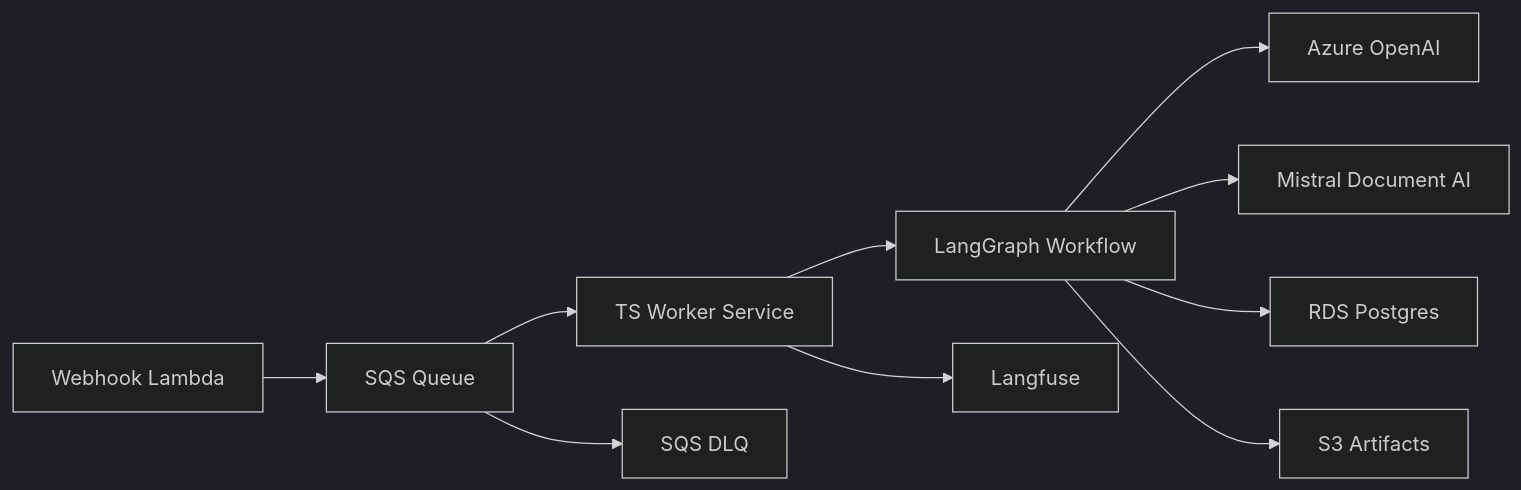
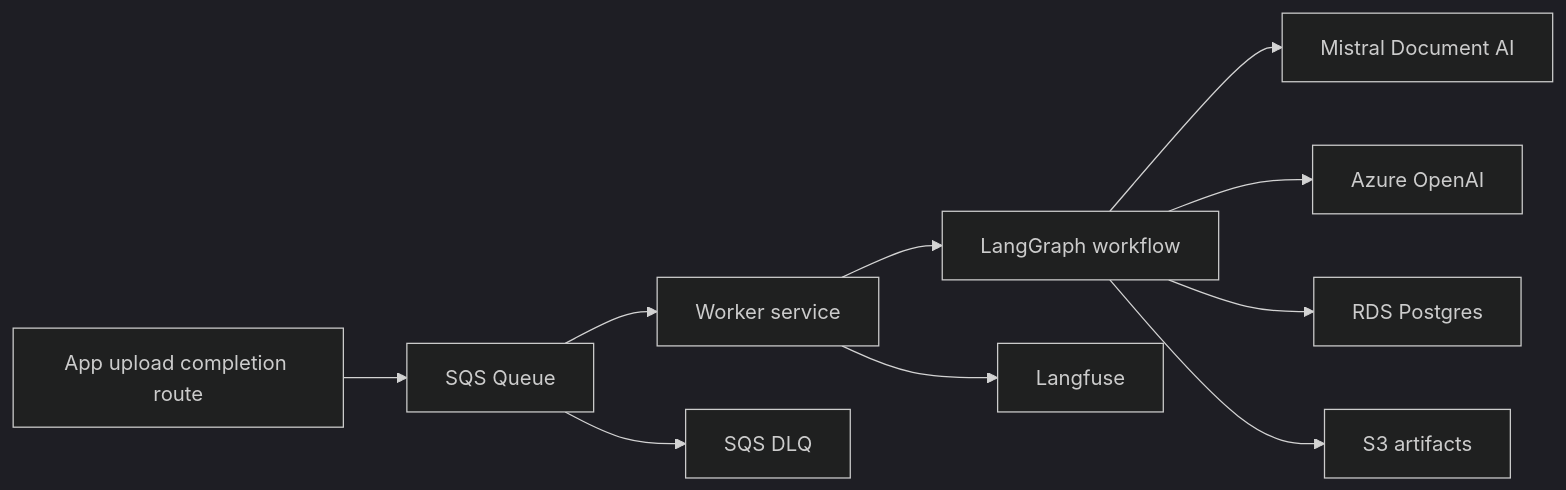
Before and after one commit to joseph-grospe/taxgenie-hackathon: the diagram in docs/ASYNC_WORKER_PLAN.md, drawn with Mermaid (dark theme). The commit also changed other lines of this file and 12 other files, not shown here.

````diff
--- a/docs/ASYNC_WORKER_PLAN.md
+++ b/docs/ASYNC_WORKER_PLAN.md
@@ -27,12 +14,12 @@
 ```mermaid
 flowchart LR
-    WH[Webhook Lambda] --> Q[SQS Queue]
-    Q --> WKR[TS Worker Service]
-    WKR --> LG[LangGraph Workflow]
+    APP[App upload completion route] --> Q[SQS Queue]
+    Q --> WKR[Worker service]
+    WKR --> LG[LangGraph workflow]
+    LG --> MD[Mistral Document AI]
     LG --> AO[Azure OpenAI]
-    LG --> MD[Mistral Document AI]
     LG --> DB[RDS Postgres]
-    LG --> S3[S3 Artifacts]
+    LG --> S3[S3 artifacts]
     WKR --> LF[Langfuse]
     Q --> DLQ[SQS DLQ]
 ```
````
